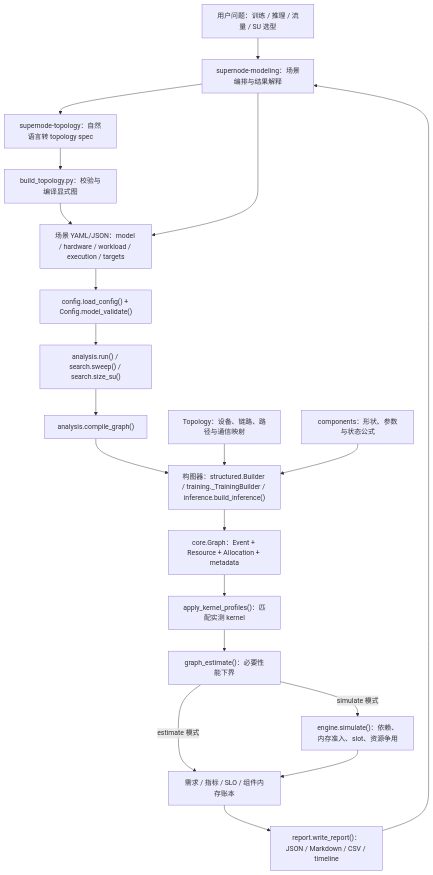
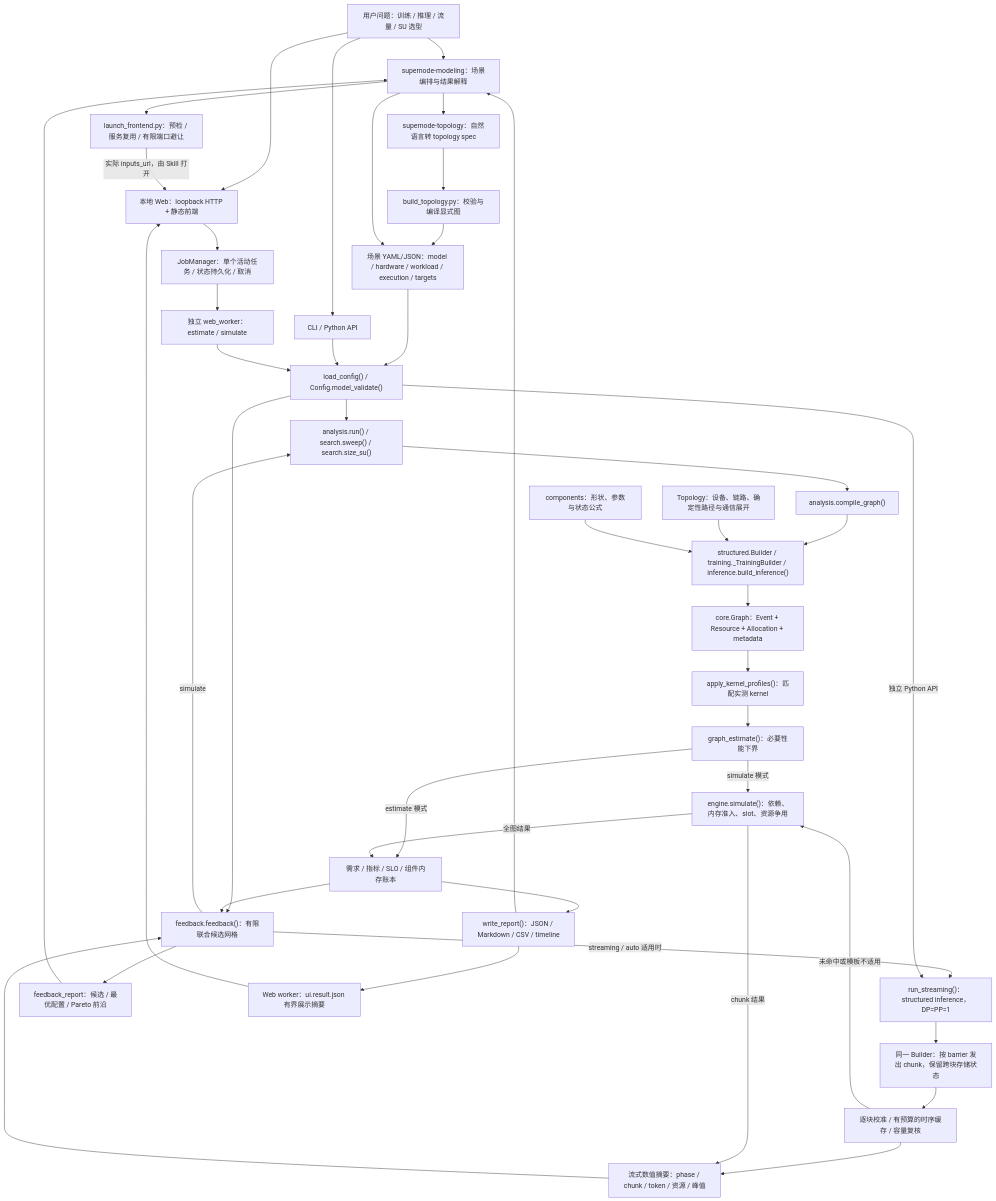
Before and after one commit to GuangyuZhu04/supernode_simulation: the diagram in docs/diagrams/00-architecture.mmd, drawn with Mermaid. The commit also changed 11 other files, not shown here.

```diff
--- a/docs/diagrams/00-architecture.mmd
+++ b/docs/diagrams/00-architecture.mmd
@@ -1,20 +1,43 @@
 flowchart TB
     U["用户问题：训练 / 推理 / 流量 / SU 选型"] --> S["supernode-modeling：场景编排与结果解释"]
+    U --> CLI["CLI / Python API"]
+    U --> W["本地 Web：loopback HTTP + 静态前端"]
+    S --> LF["launch_frontend.py：预检 / 服务复用 / 有限端口避让"]
+    LF -->|实际 inputs_url，由 Skill 打开| W
     S --> TS["supernode-topology：自然语言转 topology spec"]
     TS --> TC["build_topology.py：校验与编译显式图"]
     TC --> C
     S --> C["场景 YAML/JSON：model / hardware / workload / execution / targets"]
-    C --> V["config.load_config() + Config.model_validate()"]
+    C --> V["load_config() / Config.model_validate()"]
+    CLI --> V
+    W --> J["JobManager：单个活动任务 / 状态持久化 / 取消"]
+    J --> WW["独立 web_worker：estimate / simulate"]
+    WW --> V
     V --> A["analysis.run() / search.sweep() / search.size_su()"]
+    V --> F["feedback.feedback()：有限联合候选网格"]
+    F -->|simulate| A
+    F -->|streaming / auto 适用时| L["run_streaming()：structured inference，DP=PP=1"]
+    V -->|独立 Python API| L
     A --> G["analysis.compile_graph()"]
-    G --> B["构图器：structured.Builder / training._TrainingBuilder / inference.build_inference()"]
+    G --> B["structured.Builder / training._TrainingBuilder / inference.build_inference()"]
     B --> D["core.Graph：Event + Resource + Allocation + metadata"]
-    T["Topology：设备、链路、路径与通信映射"] --> B
+    T["Topology：设备、链路、确定性路径与通信展开"] --> B
     P["components：形状、参数与状态公式"] --> B
     D --> K["apply_kernel_profiles()：匹配实测 kernel"]
     K --> E["graph_estimate()：必要性能下界"]
     E -->|simulate 模式| X["engine.simulate()：依赖、内存准入、slot、资源争用"]
     E -->|estimate 模式| R["需求 / 指标 / SLO / 组件内存账本"]
-    X --> R
-    R --> O["report.write_report()：JSON / Markdown / CSV / timeline"]
+    X -->|全图结果| R
+    R --> O["write_report()：JSON / Markdown / CSV / timeline"]
+    L --> SB["同一 Builder：按 barrier 发出 chunk，保留跨块存储状态"]
+    SB --> CK["逐块校准 / 有预算的时序缓存 / 容量复核"]
+    CK -->|未命中或模板不适用| X
+    CK --> Q["流式数值摘要：phase / chunk / token / 资源 / 峰值"]
+    X -->|chunk 结果| Q
+    Q --> F
+    R --> F
+    F --> FO["feedback_report：候选 / 最优配置 / Pareto 前沿"]
+    O --> UI["Web worker：ui.result.json 有界展示摘要"]
+    UI --> W
     O --> S
+    FO --> S
```
